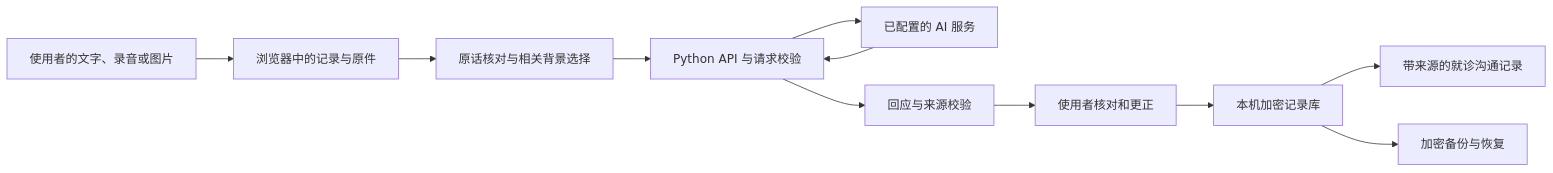
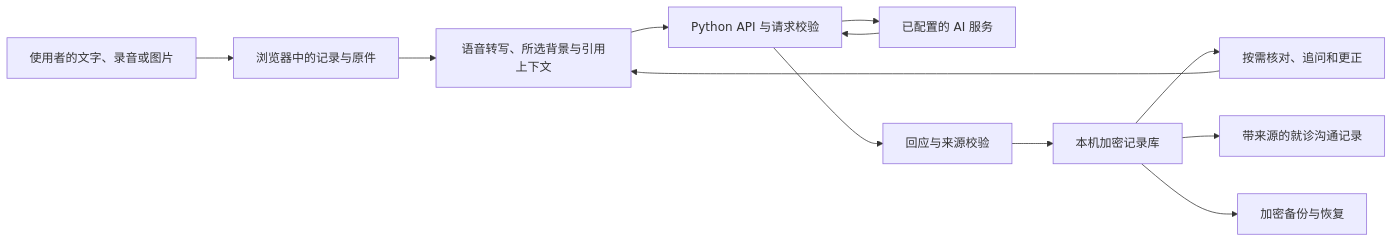
The diagram in docs/ARCHITECTURE.md (Irixil/NoReset), drawn with Mermaid before and after one commit. The commit also changed other lines of this file and 54 other files, not shown here.

````diff
--- a/docs/ARCHITECTURE.md
+++ b/docs/ARCHITECTURE.md
@@ -9,13 +9,14 @@
 ```mermaid
 flowchart LR
     U[使用者的文字、录音或图片] --> F[浏览器中的记录与原件]
-    F --> R[原话核对与相关背景选择]
+    F --> R[语音转写、所选背景与引用上下文]
     R --> B[Python API 与请求校验]
     B --> P[已配置的 AI 服务]
     P --> B
     B --> C[回应与来源校验]
-    C --> V[使用者核对和更正]
-    V --> L[本机加密记录库]
+    C --> L[本机加密记录库]
+    L --> V[按需核对、追问和更正]
+    V --> R
     L --> H[带来源的就诊沟通记录]
     L --> X[加密备份与恢复]
 ```
````
